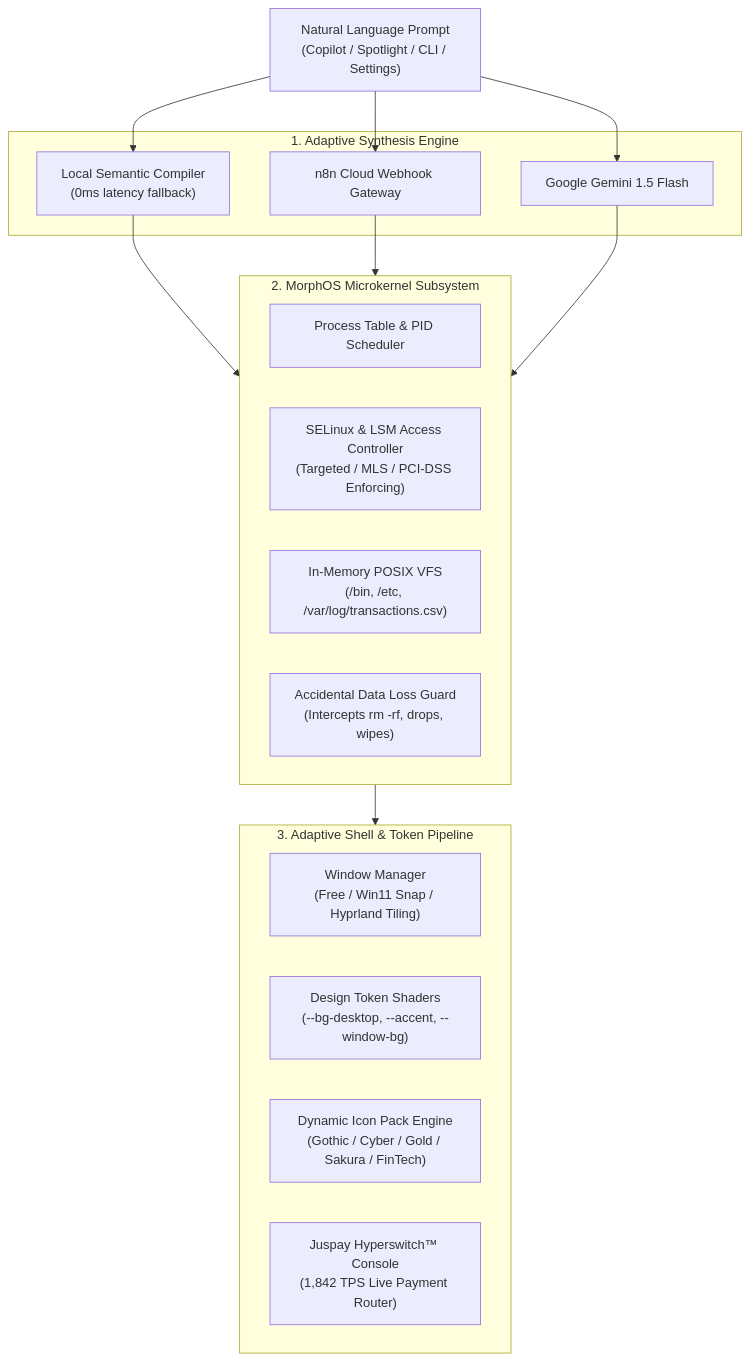
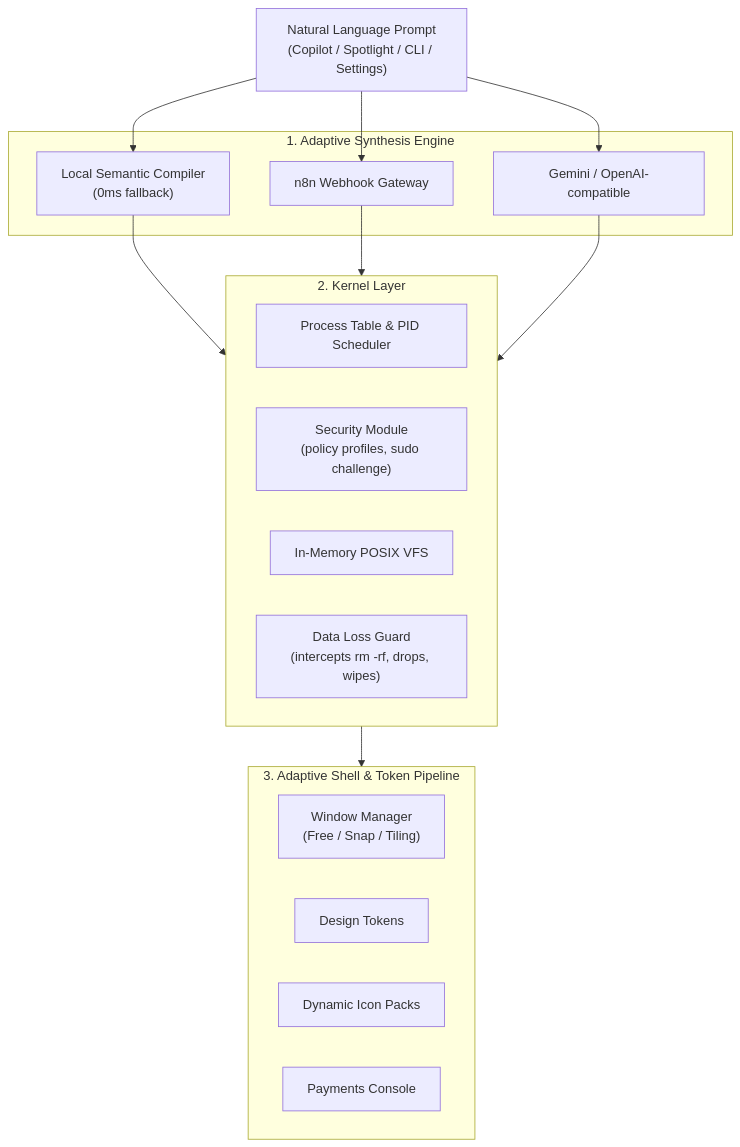
One commit to Scafo745/MorphOS changed the diagram in README.md. Above: the diagram before and after it, drawn with Mermaid. The commit also changed other lines of this file and 2 other files, not shown here.

Commit message:
docs: rewrite README and kiro docs for prompt-adaptive OS positioning

````diff
--- a/README.md
+++ b/README.md
@@ -64,34 +45,34 @@
 ```mermaid
 flowchart TD
     UserPrompt["Natural Language Prompt\n(Copilot / Spotlight / CLI / Settings)"]
-    
+
     subgraph CompilerLayer ["1. Adaptive Synthesis Engine"]
-        LocalNLP["Local Semantic Compiler\n(0ms latency fallback)"]
-        N8N["n8n Cloud Webhook Gateway"]
-        Gemini["Google Gemini 1.5 Flash"]
+        LocalNLP["Local Semantic Compiler\n(0ms fallback)"]
+        N8N["n8n Webhook Gateway"]
+        LLM["Gemini / OpenAI-compatible"]
     end
-    
-    subgraph Microkernel ["2. MorphOS Microkernel Subsystem"]
+
+    subgraph Microkernel ["2. Kernel Layer"]
         Scheduler["Process Table & PID Scheduler"]
-        SELinux["SELinux & LSM Access Controller\n(Targeted / MLS / PCI-DSS Enforcing)"]
-        VFS["In-Memory POSIX VFS\n(/bin, /etc, /var/log/transactions.csv)"]
-        LSMGuard["Accidental Data Loss Guard\n(Intercepts rm -rf, drops, wipes)"]
+        LSM["Security Module\n(policy profiles, sudo challenge)"]
+        VFS["In-Memory POSIX VFS"]
+        LSMGuard["Data Loss Guard\n(intercepts rm -rf, drops, wipes)"]
     end
-    
+
     subgraph UICompositor ["3. Adaptive Shell & Token Pipeline"]
-        WindowManager["Window Manager\n(Free / Win11 Snap / Hyprland Tiling)"]
-        TokenEngine["Design Token Shaders\n(--bg-desktop, --accent, --window-bg)"]
-        IconEngine["Dynamic Icon Pack Engine\n(Gothic / Cyber / Gold / Sakura / FinTech)"]
-        Hyperswitch["Juspay Hyperswitch™ Console\n(1,842 TPS Live Payment Router)"]
+        WindowManager["Window Manager\n(Free / Snap / Tiling)"]
+        TokenEngine["Design Tokens"]
+        IconEngine["Dynamic Icon Packs"]
+        Payments["Payments Console"]
     end
 
     UserPrompt --> LocalNLP
     UserPrompt --> N8N
-    UserPrompt --> Gemini
-    
+    UserPrompt --> LLM
+
     LocalNLP --> Microkernel
     N8N --> Microkernel
-    Gemini --> Microkernel
-    
+    LLM --> Microkernel
+
     Microkernel --> UICompositor
 ```
````
